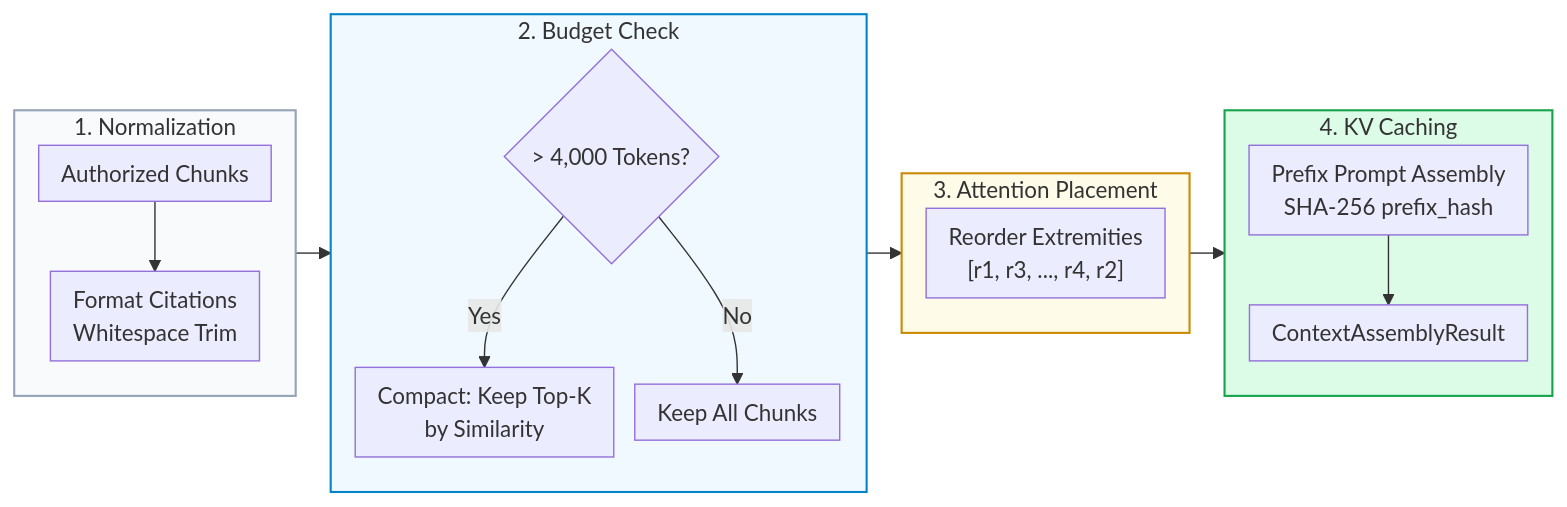
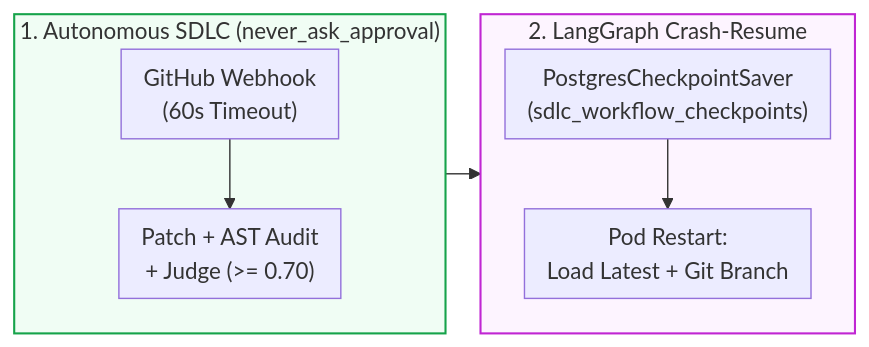
One commit to Kenono2000/enterprise-rag-pgvector-rbac changed the sixth of 12 diagrams in README.md. Above: the diagram before and after it, drawn with Mermaid. The commit also changed other lines of this file, not shown here.

Commit message:
docs: update README navigation, diagrams, and section numbering

````diff
--- a/README.md
+++ b/README.md
@@ -208,29 +192,15 @@
 ```mermaid
 %%{init: {'flowchart': {'nodeSpacing': 15, 'rankSpacing': 25, 'padding': 8}}}%%
 flowchart LR
-    subgraph Norm ["1. Normalization"]
+    subgraph SDLC ["1. Autonomous SDLC (never_ask_approval)"]
         direction TB
-        Chunks["Authorized Chunks"] --> Fmt["Format Citations<br/>Whitespace Trim"]
+        Hook["GitHub Webhook<br/>(60s Timeout)"] --> Crew["Patch + AST Audit<br/>+ Judge (&gt;= 0.70)"]
     end
-    subgraph Budget ["2. Budget Check"]
+    subgraph Resume ["2. LangGraph Crash-Resume"]
         direction TB
-        Check{"&gt; 4,000 Tokens?"}
-        Compact["Compact: Keep Top-K<br/>by Similarity"]
-        Keep["Keep All Chunks"]
-        Check -->|"Yes"| Compact
-        Check -->|"No"| Keep
+        Ckpt["PostgresCheckpointSaver<br/>(sdlc_workflow_checkpoints)"] --> Recover["Pod Restart:<br/>Load Latest + Git Branch"]
     end
-    subgraph Attention ["3. Attention Placement"]
-        direction TB
-        Reorder["Reorder Extremities<br/>[r1, r3, ..., r4, r2]"]
-    end
-    subgraph Cache ["4. KV Caching"]
-        direction TB
-        Prefix["Prefix Prompt Assembly<br/>SHA-256 prefix_hash"] --> Output["ContextAssemblyResult"]
-    end
-    Norm --> Budget --> Attention --> Cache
-    style Norm fill:#f8fafc,stroke:#94a3b8,stroke-width:1.5px
-    style Budget fill:#f0f9ff,stroke:#0284c7,stroke-width:1.5px
-    style Attention fill:#fefce8,stroke:#ca8a04,stroke-width:1.5px
-    style Cache fill:#dcfce7,stroke:#16a34a,stroke-width:1.5px
+    SDLC --> Resume
+    style SDLC fill:#f0fdf4,stroke:#16a34a,stroke-width:1.5px
+    style Resume fill:#fdf4ff,stroke:#c026d3,stroke-width:1.5px
 ```
````
